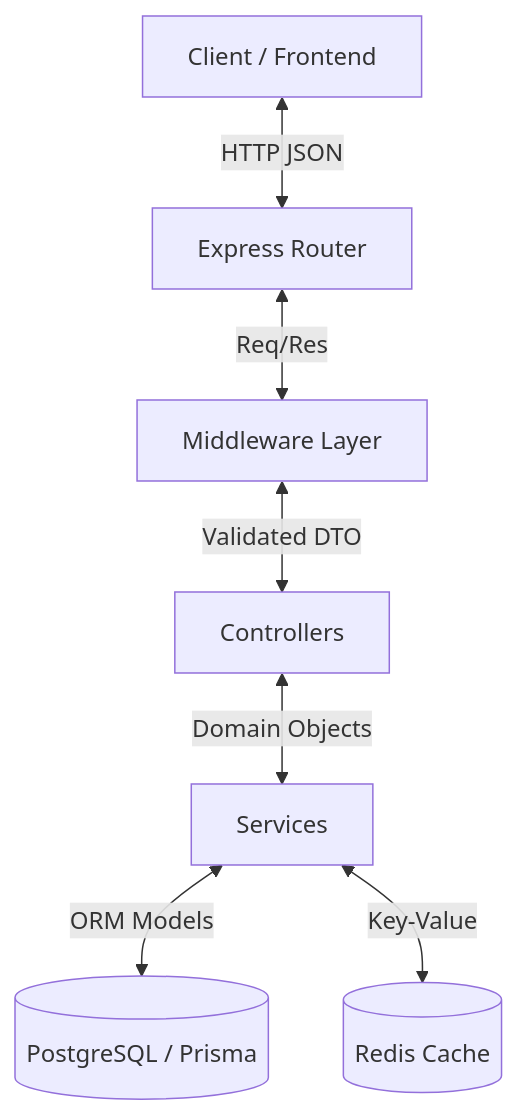
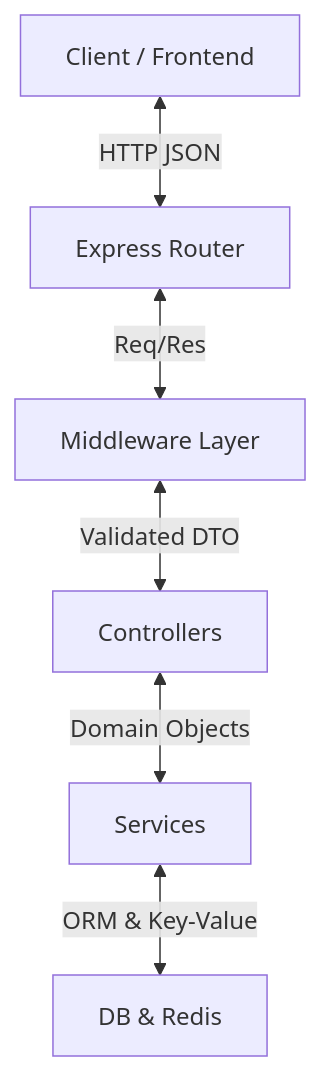
The first of 3 diagrams in backend/docs/data_flow.md (siddhantdeval/real-time-task-manager), drawn with Mermaid before and after one commit. The commit also changed other lines of this file and 5 other files, not shown here.

````diff
--- a/backend/docs/data_flow.md
+++ b/backend/docs/data_flow.md
@@ -9,9 +9,8 @@
 ```mermaid
 graph TD
     Client[Client / Frontend] <-->|HTTP JSON| Router[Express Router]
     Router <-->|Req/Res| Middleware[Middleware Layer]
     Middleware <-->|Validated DTO| Controller[Controllers]
     Controller <-->|Domain Objects| Service[Services]
-    Service <-->|ORM Models| DB[(PostgreSQL / Prisma)]
-    Service <-->|Key-Value| Redis[(Redis Cache)]
+    Service <-->|ORM & Key-Value| PersistenceLayer[DB & Redis]
 ```
````
